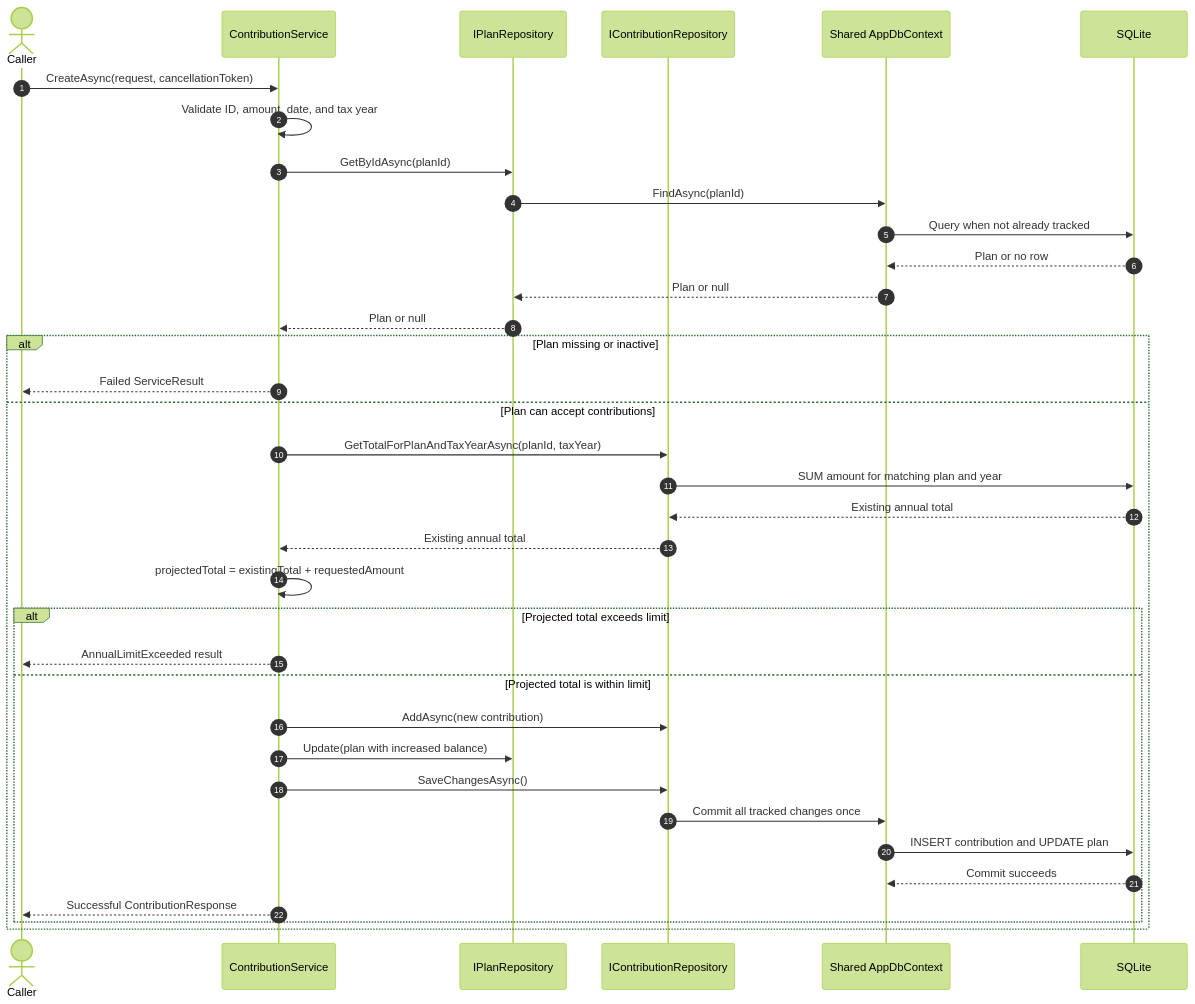
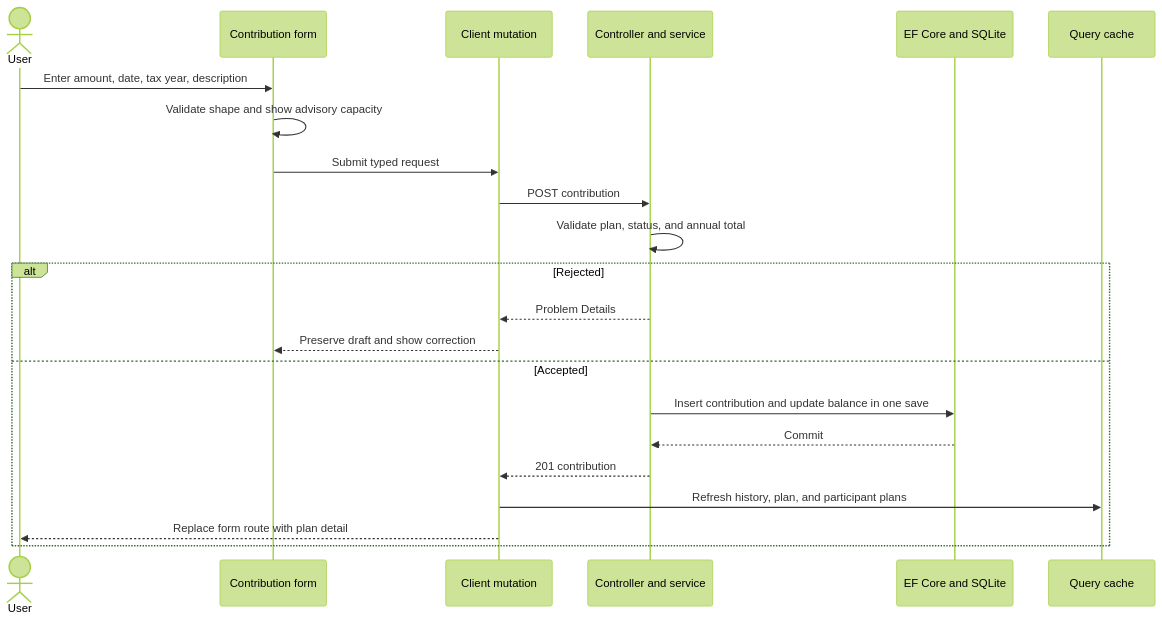
One commit to Mzach55/SmartRetirement changed the second of 2 diagrams in docs/application-flow.md. Above: the diagram before and after it, drawn with Mermaid (forest theme). The commit also changed other lines of this file and 6 other files, not shown here.

````diff
--- a/docs/application-flow.md
+++ b/docs/application-flow.md
@@ -174,41 +48,25 @@
 ```mermaid
 sequenceDiagram
-    autonumber
-    actor Caller
-    participant Service as ContributionService
-    participant PlanRepo as IPlanRepository
-    participant ContributionRepo as IContributionRepository
-    participant Context as Shared AppDbContext
-    participant DB as SQLite
+    actor User
+    participant Form as Contribution form
+    participant Client as Client mutation
+    participant API as Controller and service
+    participant DB as EF Core and SQLite
+    participant Cache as Query cache
 
-    Caller->>Service: CreateAsync(request, cancellationToken)
-    Service->>Service: Validate ID, amount, date, and tax year
-    Service->>PlanRepo: GetByIdAsync(planId)
-    PlanRepo->>Context: FindAsync(planId)
-    Context->>DB: Query when not already tracked
-    DB-->>Context: Plan or no row
-    Context-->>PlanRepo: Plan or null
-    PlanRepo-->>Service: Plan or null
-
-    alt Plan missing or inactive
-        Service-->>Caller: Failed ServiceResult
-    else Plan can accept contributions
-        Service->>ContributionRepo: GetTotalForPlanAndTaxYearAsync(planId, taxYear)
-        ContributionRepo->>DB: SUM amount for matching plan and year
-        DB-->>ContributionRepo: Existing annual total
-        ContributionRepo-->>Service: Existing annual total
-        Service->>Service: projectedTotal = existingTotal + requestedAmount
-
-        alt Projected total exceeds limit
-            Service-->>Caller: AnnualLimitExceeded result
-        else Projected total is within limit
-            Service->>ContributionRepo: AddAsync(new contribution)
-            Service->>PlanRepo: Update(plan with increased balance)
-            Service->>ContributionRepo: SaveChangesAsync()
-            ContributionRepo->>Context: Commit all tracked changes once
-            Context->>DB: INSERT contribution and UPDATE plan
-            DB-->>Context: Commit succeeds
-            Service-->>Caller: Successful ContributionResponse
-        end
+    User->>Form: Enter amount, date, tax year, description
+    Form->>Form: Validate shape and show advisory capacity
+    Form->>Client: Submit typed request
+    Client->>API: POST contribution
+    API->>API: Validate plan, status, and annual total
+    alt Rejected
+        API-->>Client: Problem Details
+        Client-->>Form: Preserve draft and show correction
+    else Accepted
+        API->>DB: Insert contribution and update balance in one save
+        DB-->>API: Commit
+        API-->>Client: 201 contribution
+        Client->>Cache: Refresh history, plan, and participant plans
+        Client-->>User: Replace form route with plan detail
     end
 ```
````
